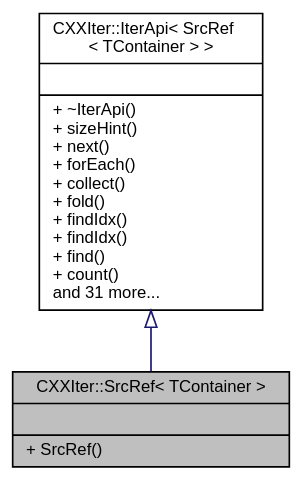
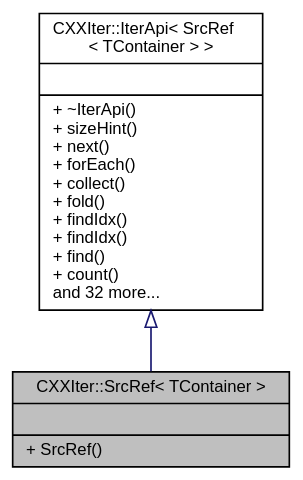
One commit to seijikun/CXXIter changed the diagram in classCXXIter_1_1SrcRef__coll__graph.dot. Above: the diagram before and after it, drawn with Graphviz. The commit also changed 78 other files, not shown here.

```diff
--- a/classCXXIter_1_1SrcRef__coll__graph.dot
+++ b/classCXXIter_1_1SrcRef__coll__graph.dot
@@ -1,11 +1,11 @@
 digraph "CXXIter::SrcRef&lt; TContainer &gt;"
 {
  // INTERACTIVE_SVG=YES
  // LATEX_PDF_SIZE
   bgcolor="transparent";
   edge [fontname="Helvetica",fontsize="10",labelfontname="Helvetica",labelfontsize="10"];
   node [fontname="Helvetica",fontsize="10",shape=record];
   Node1 [label="{CXXIter::SrcRef\< TContainer \>\n||+ SrcRef()\l}",height=0.2,width=0.4,color="black", fillcolor="grey75", style="filled", fontcolor="black",tooltip="CXXIter iterator source that mutably borrows the input item source, and passes mutable references to ..."];
   Node2 -> Node1 [dir="back",color="midnightblue",fontsize="10",style="solid",arrowtail="onormal",fontname="Helvetica"];
-  Node2 [label="{CXXIter::IterApi\< SrcRef\l\< TContainer \> \>\n||+ ~IterApi()\l+ sizeHint()\l+ next()\l+ forEach()\l+ collect()\l+ fold()\l+ findIdx()\l+ findIdx()\l+ find()\l+ count()\land 31 more...\l}",height=0.2,width=0.4,color="black",URL="$classCXXIter_1_1IterApi.html",tooltip=" "];
+  Node2 [label="{CXXIter::IterApi\< SrcRef\l\< TContainer \> \>\n||+ ~IterApi()\l+ sizeHint()\l+ next()\l+ forEach()\l+ collect()\l+ fold()\l+ findIdx()\l+ findIdx()\l+ find()\l+ count()\land 32 more...\l}",height=0.2,width=0.4,color="black",URL="$classCXXIter_1_1IterApi.html",tooltip=" "];
 }
```
